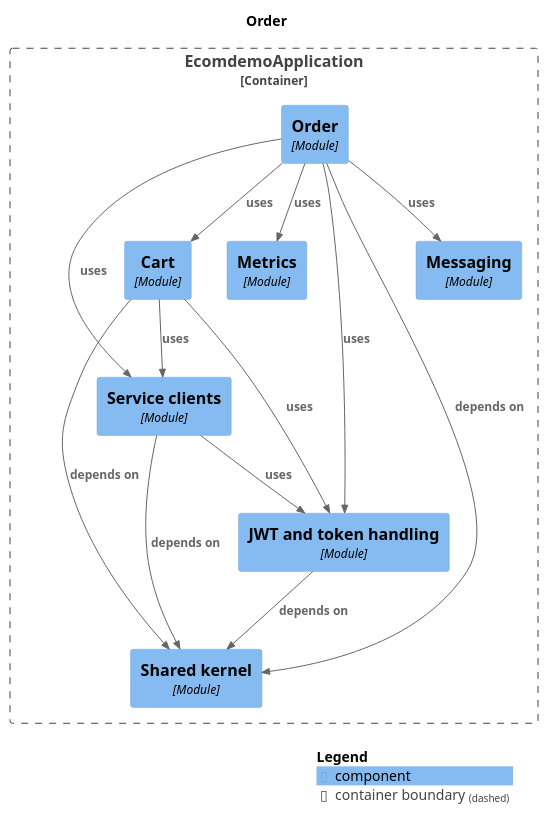
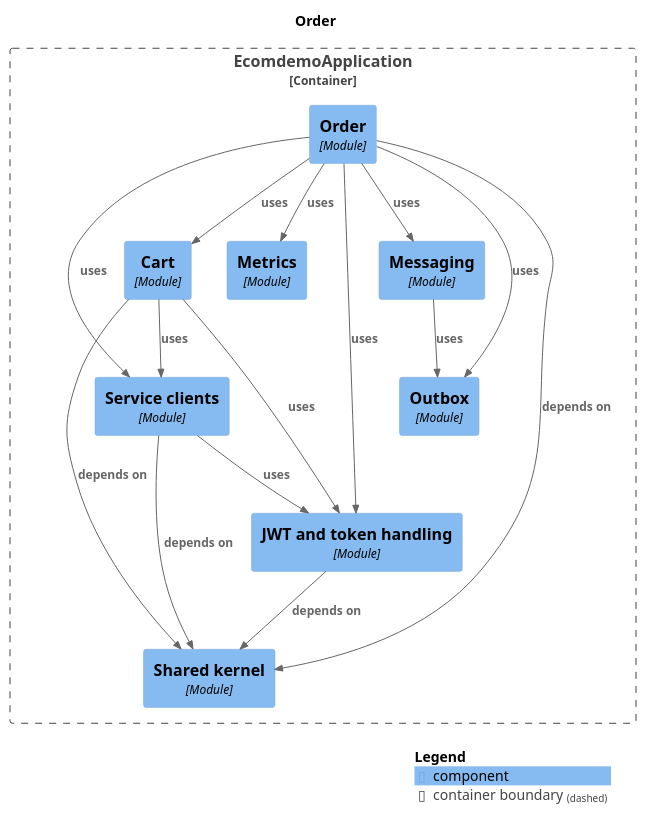
The diagram in docs/modules/module-order.puml (mr-sujay-patil/ecomdemo), drawn with PlantUML before and after one commit. The commit also changed 40 other files, not shown here.

```diff
--- a/docs/modules/module-order.puml
+++ b/docs/modules/module-order.puml
@@ -1,35 +1,38 @@
 @startuml
 set separator none
 title Order
 
 top to bottom direction
 
 !include <C4/C4>
 !include <C4/C4_Context>
 !include <C4/C4_Component>
 
 Container_Boundary("EcomdemoApplication.EcomdemoApplication_boundary", "EcomdemoApplication", $tags="") {
   Component(EcomdemoApplication.EcomdemoApplication.Serviceclients, "Service clients", $techn="Module", $descr="", $tags="", $link="")
   Component(EcomdemoApplication.EcomdemoApplication.Cart, "Cart", $techn="Module", $descr="", $tags="", $link="")
   Component(EcomdemoApplication.EcomdemoApplication.Order, "Order", $techn="Module", $descr="", $tags="", $link="")
   Component(EcomdemoApplication.EcomdemoApplication.Metrics, "Metrics", $techn="Module", $descr="", $tags="", $link="")
+  Component(EcomdemoApplication.EcomdemoApplication.Outbox, "Outbox", $techn="Module", $descr="", $tags="", $link="")
   Component(EcomdemoApplication.EcomdemoApplication.Sharedkernel, "Shared kernel", $techn="Module", $descr="", $tags="", $link="")
   Component(EcomdemoApplication.EcomdemoApplication.JWTandtokenhandling, "JWT and token handling", $techn="Module", $descr="", $tags="", $link="")
   Component(EcomdemoApplication.EcomdemoApplication.Messaging, "Messaging", $techn="Module", $descr="", $tags="", $link="")
 }
 
 Rel(EcomdemoApplication.EcomdemoApplication.Cart, EcomdemoApplication.EcomdemoApplication.JWTandtokenhandling, "uses", $techn="", $tags="", $link="")
 Rel(EcomdemoApplication.EcomdemoApplication.Cart, EcomdemoApplication.EcomdemoApplication.Serviceclients, "uses", $techn="", $tags="", $link="")
 Rel(EcomdemoApplication.EcomdemoApplication.Cart, EcomdemoApplication.EcomdemoApplication.Sharedkernel, "depends on", $techn="", $tags="", $link="")
 Rel(EcomdemoApplication.EcomdemoApplication.JWTandtokenhandling, EcomdemoApplication.EcomdemoApplication.Sharedkernel, "depends on", $techn="", $tags="", $link="")
+Rel(EcomdemoApplication.EcomdemoApplication.Messaging, EcomdemoApplication.EcomdemoApplication.Outbox, "uses", $techn="", $tags="", $link="")
 Rel(EcomdemoApplication.EcomdemoApplication.Order, EcomdemoApplication.EcomdemoApplication.Cart, "uses", $techn="", $tags="", $link="")
 Rel(EcomdemoApplication.EcomdemoApplication.Order, EcomdemoApplication.EcomdemoApplication.JWTandtokenhandling, "uses", $techn="", $tags="", $link="")
 Rel(EcomdemoApplication.EcomdemoApplication.Order, EcomdemoApplication.EcomdemoApplication.Messaging, "uses", $techn="", $tags="", $link="")
 Rel(EcomdemoApplication.EcomdemoApplication.Order, EcomdemoApplication.EcomdemoApplication.Metrics, "uses", $techn="", $tags="", $link="")
+Rel(EcomdemoApplication.EcomdemoApplication.Order, EcomdemoApplication.EcomdemoApplication.Outbox, "uses", $techn="", $tags="", $link="")
 Rel(EcomdemoApplication.EcomdemoApplication.Order, EcomdemoApplication.EcomdemoApplication.Serviceclients, "uses", $techn="", $tags="", $link="")
 Rel(EcomdemoApplication.EcomdemoApplication.Order, EcomdemoApplication.EcomdemoApplication.Sharedkernel, "depends on", $techn="", $tags="", $link="")
 Rel(EcomdemoApplication.EcomdemoApplication.Serviceclients, EcomdemoApplication.EcomdemoApplication.JWTandtokenhandling, "uses", $techn="", $tags="", $link="")
 Rel(EcomdemoApplication.EcomdemoApplication.Serviceclients, EcomdemoApplication.EcomdemoApplication.Sharedkernel, "depends on", $techn="", $tags="", $link="")
 
 SHOW_LEGEND(true)
 @enduml
```
